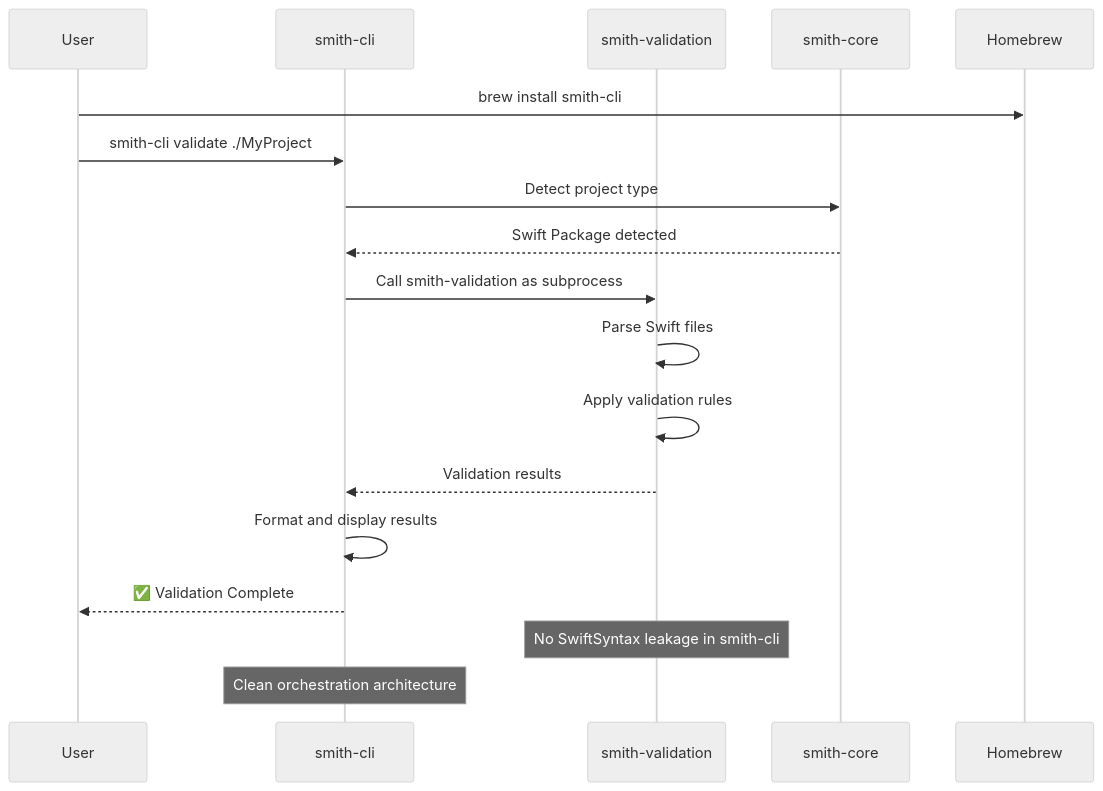
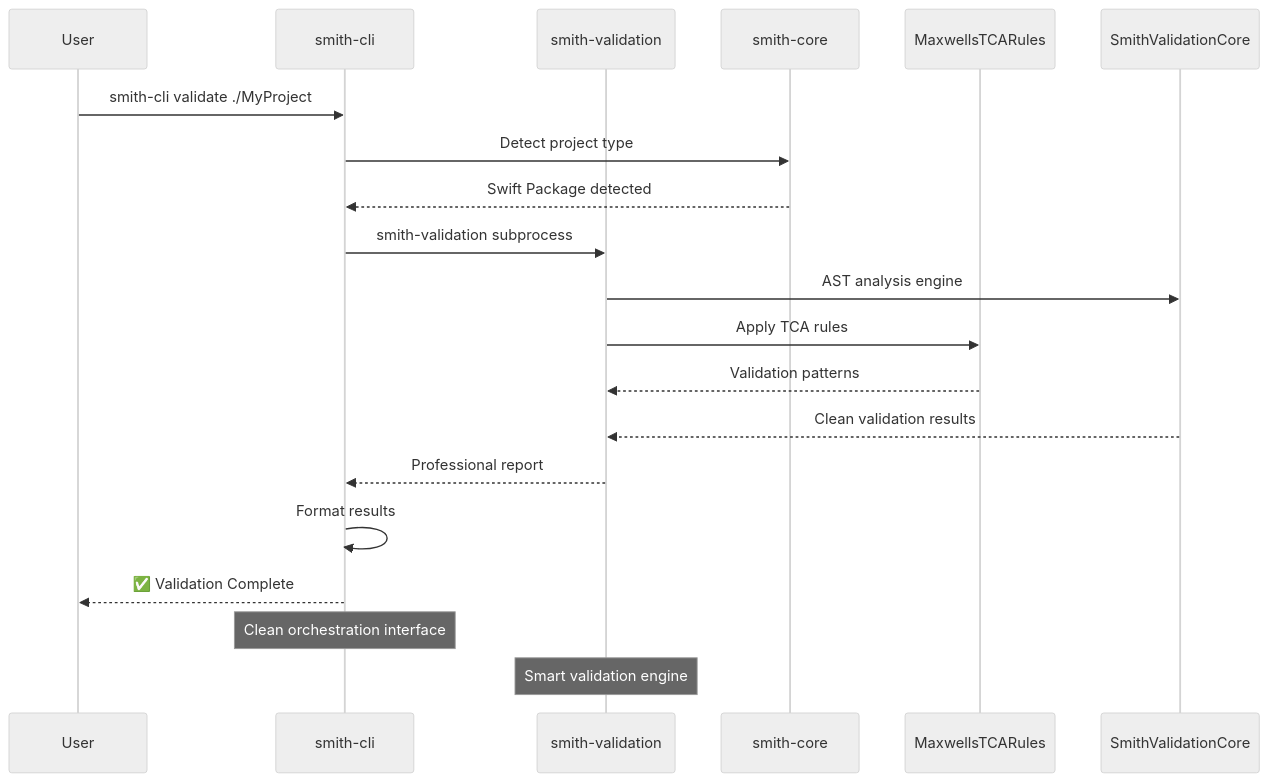
The third of 3 diagrams in profile/README.md (Smith-Tools/.github), drawn with Mermaid (neutral theme) before and after one commit. The commit also changed other lines of this file, not shown here.

````diff
--- a/profile/README.md
+++ b/profile/README.md
@@ -98,24 +98,26 @@
 ```mermaid
 sequenceDiagram
     participant U as User
     participant S as smith-cli
     participant V as smith-validation
     participant C as smith-core
-    participant H as Homebrew
+    participant T as MaxwellsTCARules
+    participant A as SmithValidationCore
 
-    U->>H: brew install smith-cli
     U->>S: smith-cli validate ./MyProject
     S->>C: Detect project type
     C-->>S: Swift Package detected
 
-    S->>V: Call smith-validation as subprocess
-    V->>V: Parse Swift files
-    V->>V: Apply validation rules
-    V-->>S: Validation results
+    S->>V: smith-validation subprocess
+    V->>A: AST analysis engine
+    V->>T: Apply TCA rules
+    T-->>V: Validation patterns
+    A-->>V: Clean validation results
+    V-->>S: Professional report
 
-    S->>S: Format and display results
+    S->>S: Format results
     S-->>U: ✅ Validation Complete
 
-    Note over V: No SwiftSyntax leakage in smith-cli
-    Note over S: Clean orchestration architecture
+    Note over S: Clean orchestration interface
+    Note over V: Smart validation engine
 ```
````
